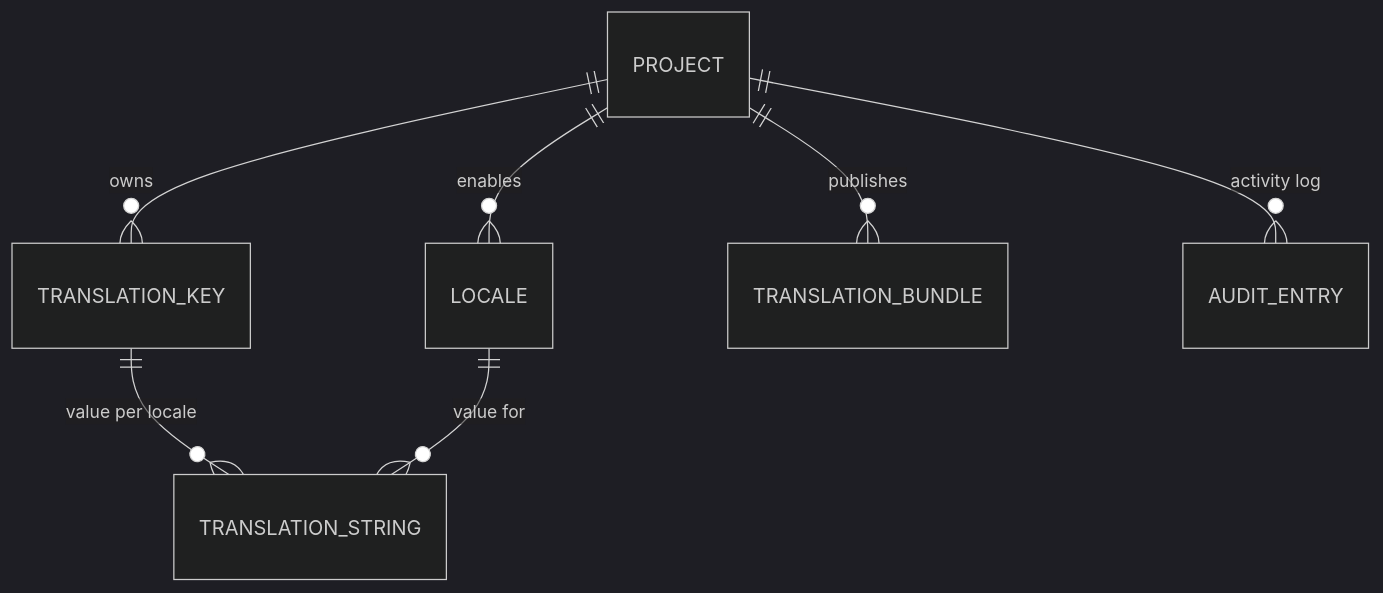
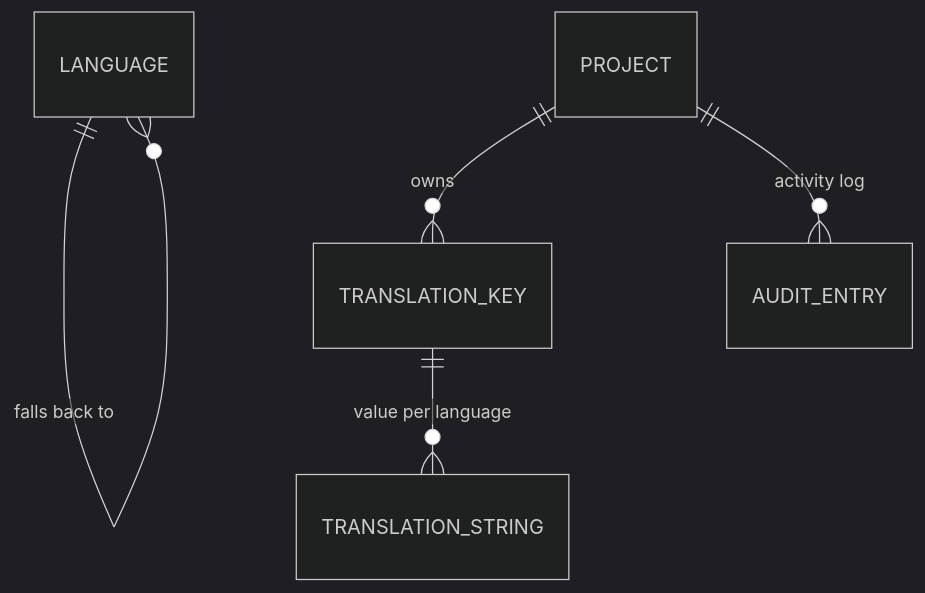
Before and after one commit to mohammedmsadiq/CTMS: the second of 5 diagrams in docs/architecture.md, drawn with Mermaid (dark theme). The commit also changed other lines of this file and 2 other files, not shown here.

````diff
--- a/docs/architecture.md
+++ b/docs/architecture.md
@@ -74,9 +81,7 @@
 ```mermaid
 erDiagram
-    PROJECT ||--o{ LOCALE : "enables"
+    LANGUAGE ||--o{ LANGUAGE : "falls back to"
     PROJECT ||--o{ TRANSLATION_KEY : "owns"
-    TRANSLATION_KEY ||--o{ TRANSLATION_STRING : "value per locale"
-    LOCALE ||--o{ TRANSLATION_STRING : "value for"
-    PROJECT ||--o{ TRANSLATION_BUNDLE : "publishes"
+    TRANSLATION_KEY ||--o{ TRANSLATION_STRING : "value per language"
     PROJECT ||--o{ AUDIT_ENTRY : "activity log"
 ```
````
